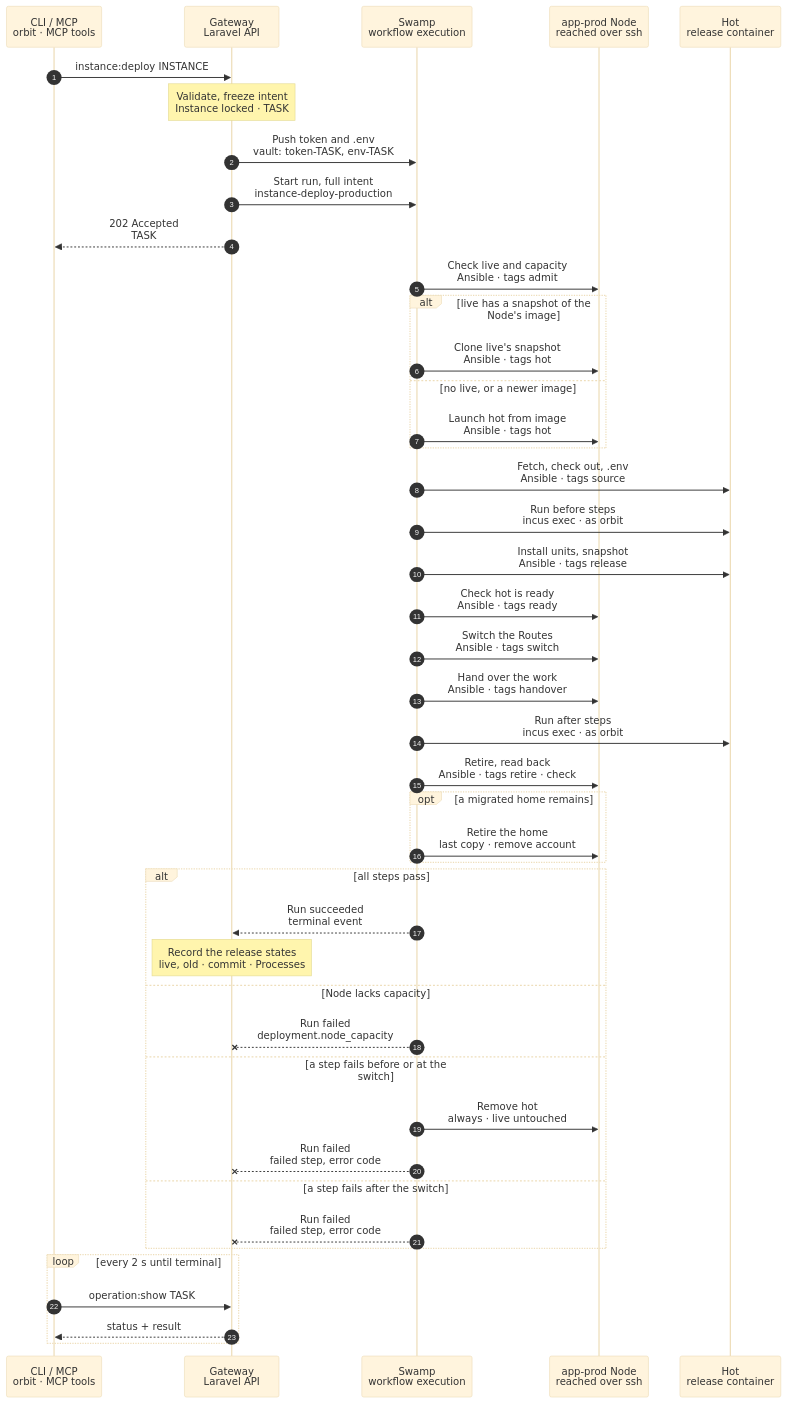
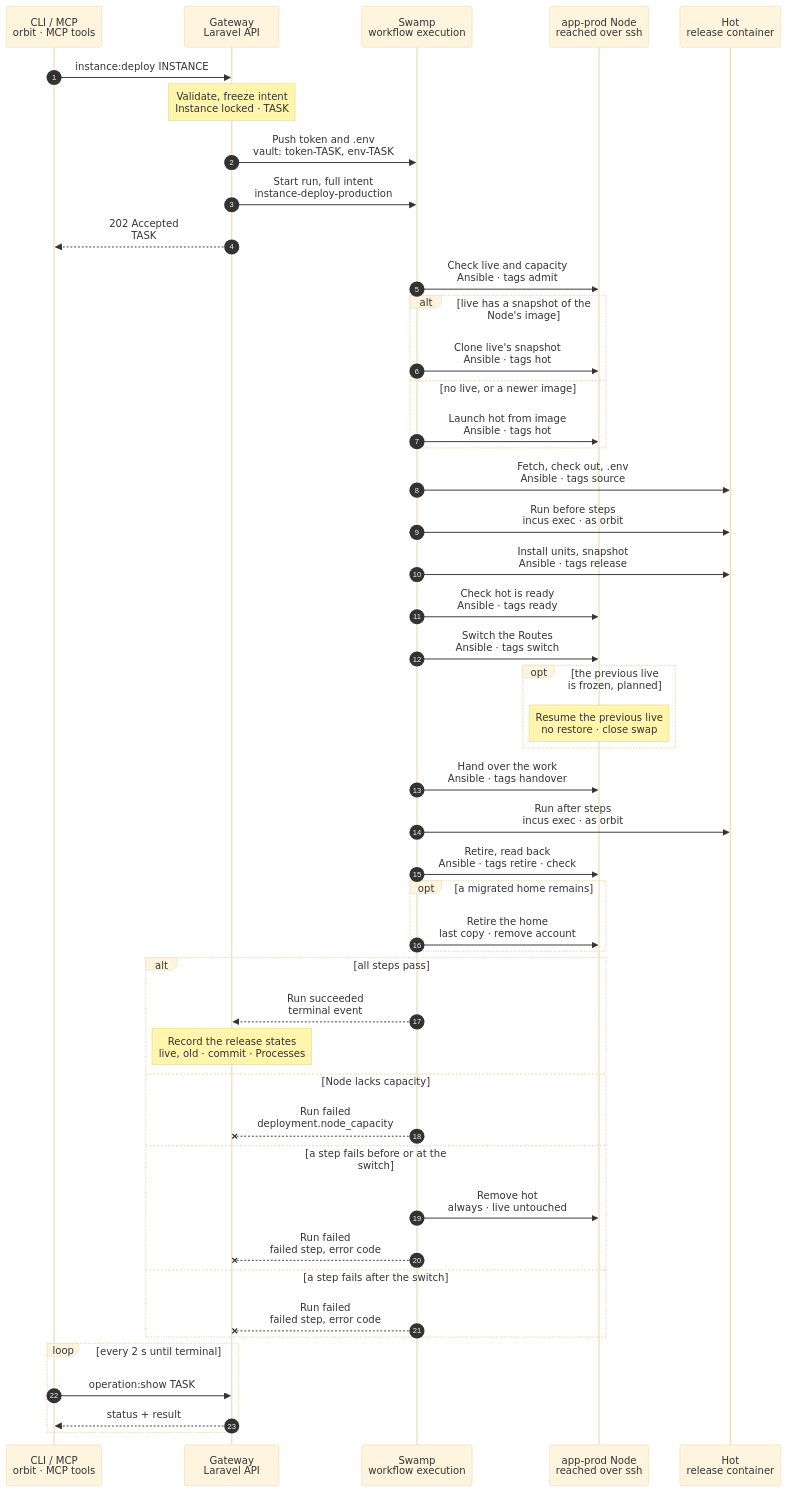
One commit to hardimpactdev/orbit changed the diagram in docs/cli/instance/container/deploy-production.mmd. Above: the diagram before and after it, drawn with Mermaid (base theme). The commit also changed 1 other file, not shown here.

Commit message:
docs(charts): production deploy and rollback remove the asleep marker and resume a frozen previous live

```diff
--- a/docs/cli/instance/container/deploy-production.mmd
+++ b/docs/cli/instance/container/deploy-production.mmd
@@ -1,142 +1,154 @@
 sequenceDiagram
-  %% Target design, production containers (ADR 0263, docs/reference/production-containers.md#deploy): the deploy of a production Instance. Hot builds and migrates the next commit while live serves; one Caddy reload switches the Routes; the work moves to the new live; the previous live becomes old. The automatic tick starts the same deploy, pinned (docs/cli/instance/auto-deploy.mmd). When the charts move into place, this becomes the production branch of the deploy chart.
+  %% Target design, production containers (ADR 0263, docs/reference/production-containers.md#deploy): the deploy of a production Instance. Hot builds and migrates the next commit while live serves; one Caddy reload switches the Routes; the work moves to the new live; the previous live becomes old. The automatic tick starts the same deploy, pinned (docs/cli/instance/auto-deploy.mmd). A sleeping live stays asleep: hot clones its snapshot, and the switch removes the asleep marker (planned, ADR 0265). When the charts move into place, this becomes the production branch of the deploy chart.
   %% status: draft
   %% command: instance:deploy
   %% kind: instance.deploy
   autonumber
   %% lane CLI icon=terminal pill=caller tone=gray
   %% lane GW icon=gateway pill=intent tone=blue
   %% lane SW icon=workflow pill=executes tone=green
   %% lane N icon=server pill=target tone=amber
   %% lane C icon=server pill=target tone=purple
   participant CLI as CLI / MCP<br/>orbit · MCP tools
   participant GW as Gateway<br/>Laravel API
   participant SW as Swamp<br/>workflow execution
   participant N as app-prod Node<br/>reached over ssh
   participant C as Hot<br/>release container
   CLI->>GW: instance:deploy INSTANCE
   %%> Command:
   %%> - `orbit instance:deploy INSTANCE`
   %%> - syntax: `<instance> [--commit=SHA] [--idempotency-key=KEY] [--json]`
   %%> Input:
   %%> - without `--commit`, the newest commit of the deployment branch; `--commit` pins a commit on its first-parent chain
   Note over GW: Validate, freeze intent<br/>Instance locked · TASK
   %%> Requirements:
   %%> - the Instance is an active production Instance in containers; no other operation holds it, else `operation.target_busy`
   %%> Freezes:
   %%> - live, its `release` snapshot and its image; the Node's image and pinned runtime folder version
   %%> - the commit, the release name, the steps, the shared paths, the memory limit when one is set
   %%> - the Process and Schedule definitions, the health path and the domain of each Route
+  %%> Not included:
+  %%> - no wake: a sleeping live stays asleep, because hot clones its `release` snapshot (planned, ADR 0265); a visit during the deploy wakes live as at any other time
   %%> Result:
   %%> - a running deployment row; a manual deploy pauses automatic deploys, as today
   GW->>SW: Push token and .env<br/>vault: token-TASK, env-TASK
   %%> Why:
   %%> - the repository is private and `.env` holds secrets; both travel only through the vault, never as inputs
   GW->>SW: Start run, full intent<br/>instance-deploy-production
   %%> What it does:
   %%> - one run; its long steps lock a behavior of this Instance on its Node, so two Instances on one Node never wait for each other
   GW-->>CLI: 202 Accepted<br/>TASK
   %%> Next:
   %%> - the CLI follows the task until it ends
   SW->>N: Check live and capacity<br/>Ansible · tags admit
   %%> What it does:
   %%> - the live link must name the frozen live container, else `deployment.selection_invalid`
   %%> - the capacity check: available memory covers hot's need plus 1 GiB: the Instance's memory limit, or live's memory use without one, and the pool has 10 GiB free
+  %%> - planned: for a sleeping live, its memory use is the one its last sleep recorded before the freeze
   %%> Why on the Node:
   %%> - free memory and pool space change between admission and the run
   %%> On failure:
   %%> - nothing was made; nothing to clean up
   alt live has a snapshot of the Node's image
     SW->>N: Clone live's snapshot<br/>Ansible · tags hot
     %%> What it does:
     %%> - a ZFS clone of live's `release` snapshot: warm dependencies, build output and caches; about a second, no file copied
     %%> - live's changes after its snapshot (logs, caches, request files) never reach hot
     %%> Then:
     %%> - attaches the storage volume at `/srv/shared`, sets the memory limit when one is set, mounts the pinned runtime folder version, starts hot and applies the Node's pending package upgrades
   else no live, or a newer image
     SW->>N: Launch hot from image<br/>Ansible · tags hot
     %%> What it does:
     %%> - a cold hot: the first release, or the Node's image is newer than live's; it installs every dependency and starts a new clone chain
     %%> - then the same preparation as a clone
   end
   SW->>C: Fetch, check out, .env<br/>Ansible · tags source
   %%> What it does:
   %%> - the Node's mirror fetches the commit with the token; Orbit pushes it into hot and checks it out; untracked dependency folders stay
   %%> - links each shared path into the volume, then writes the rendered `.env`
   %%> Why .env after the clone:
   %%> - a warm hot carries live's `.env` from the snapshot until this step; secrets never come from the image or the mirror
   SW->>C: Run before steps<br/>incus exec · as orbit
   %%> What it does:
   %%> - each `before_activation` step in order, at the repository root; `migrate` changes the shared database here while live serves
   %%> Requirements on the Project's steps:
   %%> - every migration is expand and contract: live's code works on the new schema
   %%> - a `before_activation` step writes no compiled view or cache into a shared path; `optimize` and `view:cache` are `after_activation` steps (production-containers.md#storage)
   SW->>C: Install units, snapshot<br/>Ansible · tags release
   %%> What it does:
   %%> - installs a disabled unit for each Process and a disabled container timer for each systemd-calendar Schedule
   %%> - restarts FrankenPHP and takes hot's `release` snapshot before any request reaches it
   SW->>N: Check hot is ready<br/>Ansible · tags ready
   %%> What it does:
   %%> - FrankenPHP is active; the health path answers `200` three times through hot's bridge address on port 8080, with a Route's domain as `Host`
   %%> - 5 s per request, 60 s in all; the requests also warm OPcache
   %%> - hot's PHP loads neither PCOV nor PHP Data Bridge
   %%> On failure:
   %%> - `deployment.not_ready`
   SW->>N: Switch the Routes<br/>Ansible · tags switch
   %%> What it does:
   %%> - writes the new upstream file and live link beside the current ones, validates Caddy, renames both into place and reloads Caddy once
   %%> - requests in progress on the previous live finish there; a Cluster Route needs no Router change
+  %%> - planned: in the same step, removes the Instance's asleep marker under the Instance's power lock, so a request never waits for a wake; the new live just passed readiness and starts its own watch of one idle window
   %%> On failure:
   %%> - Orbit renames the previous files back, so live serves unchanged; `deployment.switch_failed`
+  %%> - planned: a marker that the switch removed is put back with them
+  opt the previous live is frozen, planned
+    Note over N: Resume the previous live<br/>no restore · close swap
+    %%> Why:
+    %%> - a sleeping live slept on (ADR 0265); the handover must stop its units, and a clean stop of a frozen container times out (development-containers.md#sleep-and-wake)
+    %%> What it does:
+    %%> - `incus resume` with no prepared restore, then `memory.swap.max` back to 0; no request reaches it, because the switch already moved the Routes
+  end
   SW->>N: Hand over the work<br/>Ansible · tags handover
   %%> What it does:
   %%> - disables and stops the previous live's container timers, then enables and starts the new live's
   %%> - disables each Process unit of the previous live and stops it gracefully within 120 s: Horizon terminates, workers finish their job
   %%> - enables and starts each Process whose desired state is `running` in the new live; moves `boot.autostart` to it
   %%> Why this order:
   %%> - no timer, Process or job runs in two release containers
   SW->>C: Run after steps<br/>incus exec · as orbit
   %%> What it does:
   %%> - each `after_activation` step in order, in the new live
   SW->>N: Retire, read back<br/>Ansible · tags retire · check
   %%> What it does:
   %%> - waits until no native Schedule fire runs in the previous live, up to its timeout
   %%> - stops the previous live, which becomes old, and removes the earlier old
   %%> - reads back the live link, the upstream file, the commit and the Process states
   opt a migrated home remains
     SW->>N: Retire the home<br/>last copy · remove account
     %%> When:
     %%> - the first deploy after `instance:migrate` of a checkout; the native Schedules already fire in live
     %%> What it does:
     %%> - copies each shared path of the home into the volume a last time: only files the volume lacks or holds in an older version
     %%> - removes the home, its stopped PHP-FPM pool and the production account
   end
   alt all steps pass
     SW-->>GW: Run succeeded<br/>terminal event
     Note over GW: Record the release states<br/>live, old · commit · Processes
     %%> Result:
     %%> - hot is live and the previous live is old; the deployment row records the release and commit
     %%> - the Gateway republishes the automatic tick's inputs with live's commit
   else Node lacks capacity
     SW--xGW: Run failed<br/>deployment.node_capacity
     %%> Result:
     %%> - nothing changed; the automatic tick retries it and never counts it toward blocking the commit
   else a step fails before or at the switch
     SW->>N: Remove hot<br/>always · live untouched
     %%> What it does:
     %%> - deletes hot and its snapshot; live keeps serving with its work
     %%> - a failed migration keeps what it changed; Orbit undoes no data change
     SW--xGW: Run failed<br/>failed step, error code
     %%> Result:
     %%> - a failure in a deploy step or later blocks the commit for the automatic tick; an earlier failure is retried with backoff
   else a step fails after the switch
     SW--xGW: Run failed<br/>failed step, error code
     %%> Result:
     %%> - hot is live and serves; the Gateway records the release states that the run reached
     %%> Retry:
     %%> - deploy again after a fix; it is a new task with a new hot
   end
   loop every 2 s until terminal
     CLI->>GW: operation:show TASK
     GW-->>CLI: status + result
   end
```
